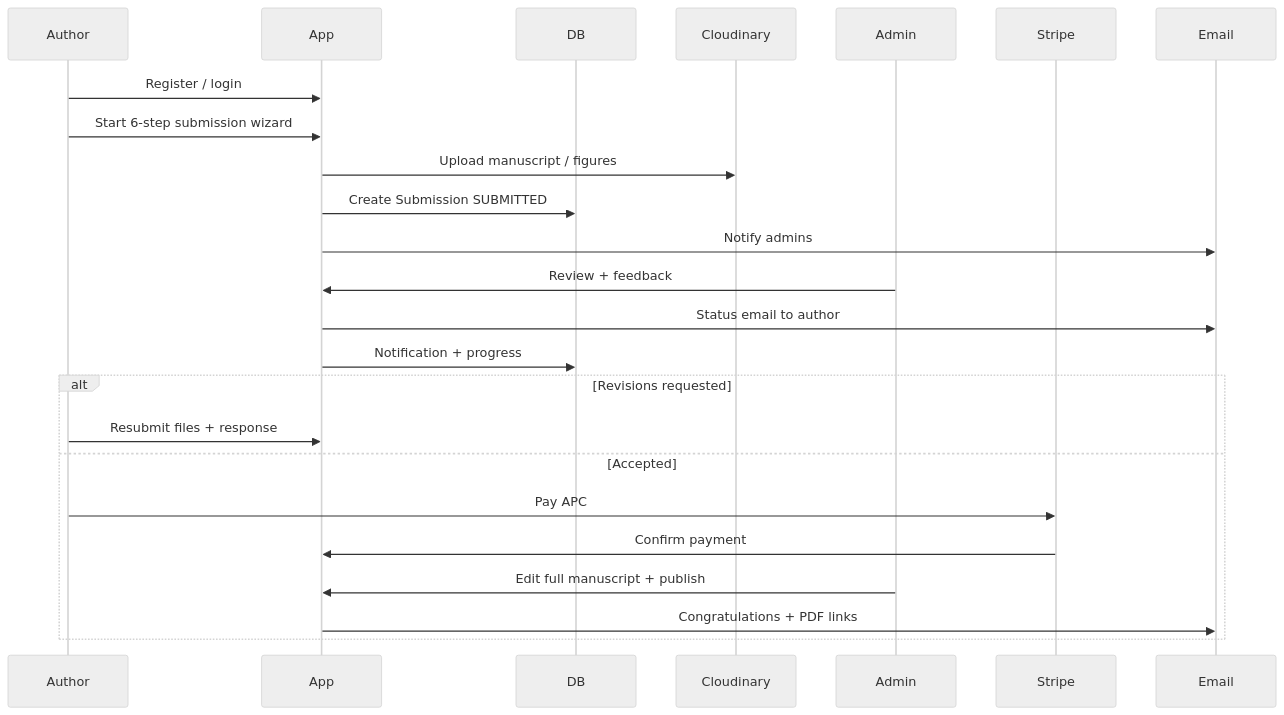
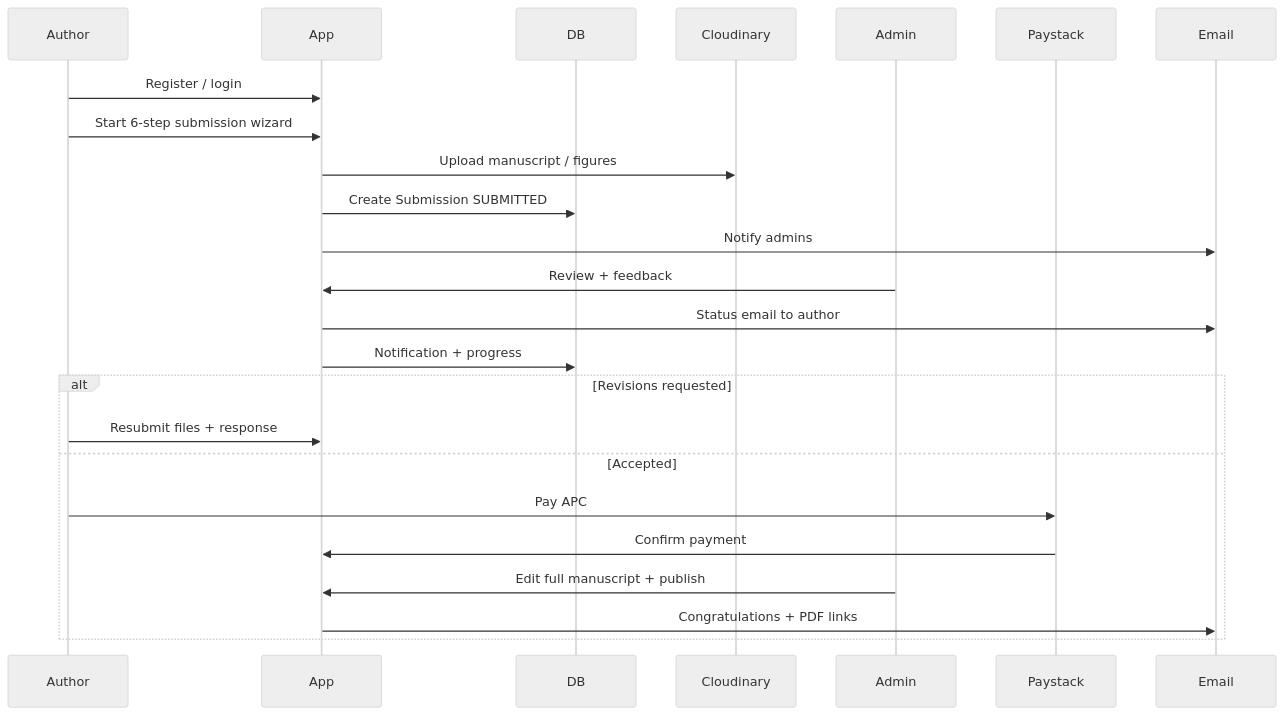
One commit to Felixowusu20/AtlasPublishing changed the sixth of 8 diagrams in README.md. Above: the diagram before and after it, drawn with Mermaid (neutral theme). The commit also changed other lines of this file and 33 other files, not shown here.

First line of the commit message:
Replace Stripe with Paystack custom USD checkout and fix production uploads.

````diff
--- a/README.md
+++ b/README.md
@@ -231,27 +231,27 @@
 ```mermaid
 sequenceDiagram
   participant Author
   participant App
   participant DB
   participant Cloudinary
   participant Admin
-  participant Stripe
+  participant Paystack
   participant Email
 
   Author->>App: Register / login
   Author->>App: Start 6-step submission wizard
   App->>Cloudinary: Upload manuscript / figures
   App->>DB: Create Submission SUBMITTED
   App->>Email: Notify admins
   Admin->>App: Review + feedback
   App->>Email: Status email to author
   App->>DB: Notification + progress
   alt Revisions requested
     Author->>App: Resubmit files + response
   else Accepted
-    Author->>Stripe: Pay APC
-    Stripe->>App: Confirm payment
+    Author->>Paystack: Pay APC
+    Paystack->>App: Confirm payment
     Admin->>App: Edit full manuscript + publish
     App->>Email: Congratulations + PDF links
   end
 ```
````
